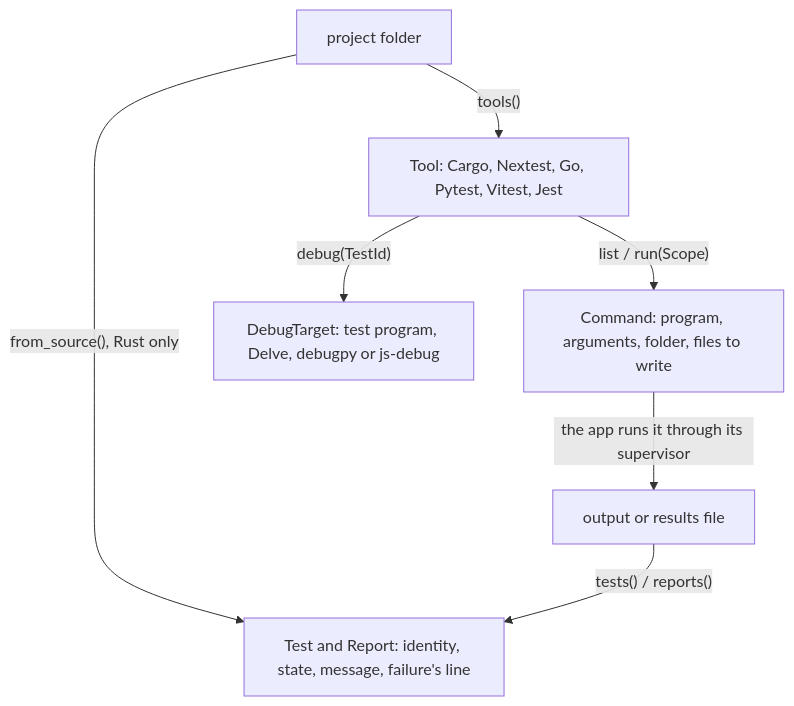
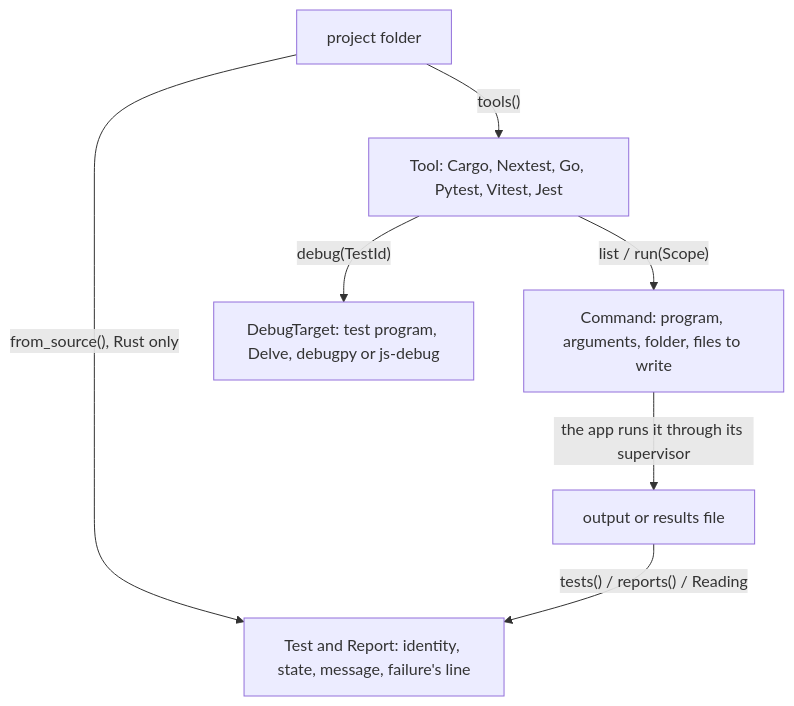
Before and after one commit to sventmueller/dango: the diagram in crates/ide-test/README.md, drawn with Mermaid. The commit also changed other lines of this file and 14 other files, not shown here.

````diff
--- a/crates/ide-test/README.md
+++ b/crates/ide-test/README.md
@@ -11,9 +12,9 @@
 ```mermaid
 flowchart TB
     root["project folder"] -->|"tools()"| tool["Tool: Cargo, Nextest, Go, Pytest, Vitest, Jest"]
     root -->|"from_source(), Rust only"| reports
     tool -->|"list / run(Scope)"| command["Command: program, arguments, folder, files to write"]
     command -->|"the app runs it through its supervisor"| output["output or results file"]
-    output -->|"tests() / reports()"| reports["Test and Report: identity, state, message, failure's line"]
+    output -->|"tests() / reports() / Reading"| reports["Test and Report: identity, state, message, failure's line"]
     tool -->|"debug(TestId)"| target["DebugTarget: test program, Delve, debugpy or js-debug"]
 ```
````
